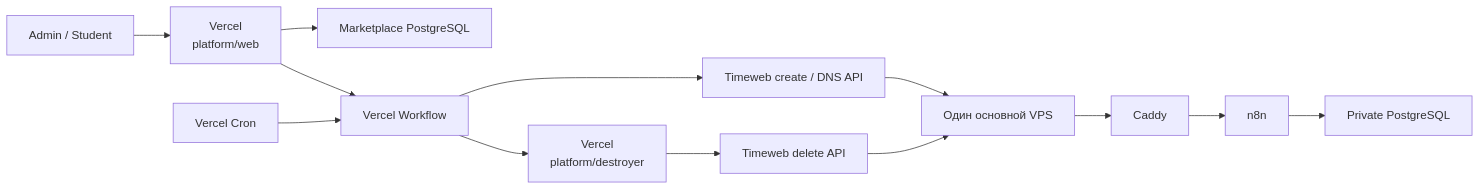
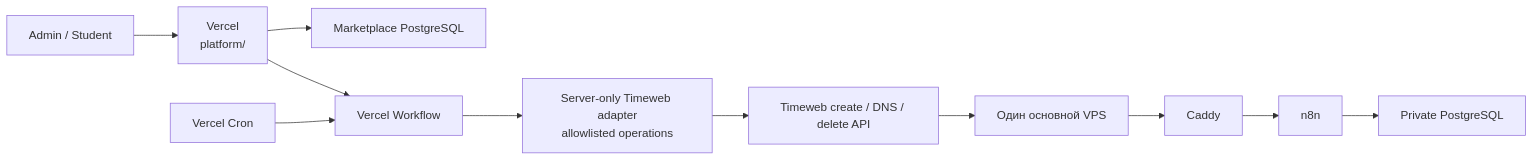
Before and after one commit to marcusaure1ius/alfa-ai-course: the first of 3 diagrams in docs/architecture.md, drawn with Mermaid. The commit also changed other lines of this file and 3 other files, not shown here.

````diff
--- a/docs/architecture.md
+++ b/docs/architecture.md
@@ -16,15 +16,13 @@
 ```mermaid
 flowchart LR
-  U["Admin / Student"] --> V["Vercel\nplatform/web"]
+  U["Admin / Student"] --> V["Vercel\nplatform/"]
   V --> DB["Marketplace PostgreSQL"]
   V --> WF["Vercel Workflow"]
   CR["Vercel Cron"] --> WF
-  WF --> TW["Timeweb create / DNS API"]
-  WF --> D["Vercel\nplatform/destroyer"]
-  D --> TD["Timeweb delete API"]
+  WF --> A["Server-only Timeweb adapter\nallowlisted operations"]
+  A --> TW["Timeweb create / DNS / delete API"]
   TW --> VPS["Один основной VPS"]
-  TD --> VPS
   VPS --> C["Caddy"]
   C --> N["n8n"]
   N --> P["Private PostgreSQL"]
 ```
````
